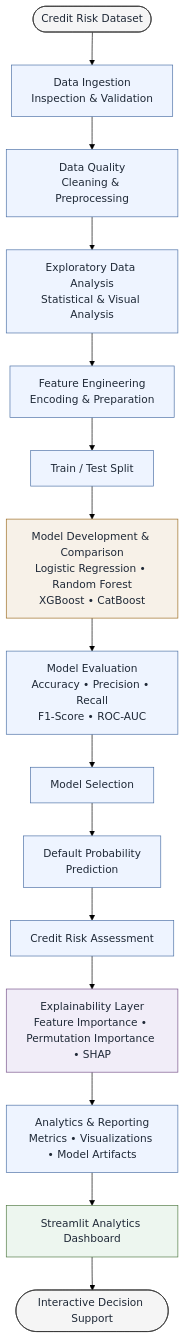
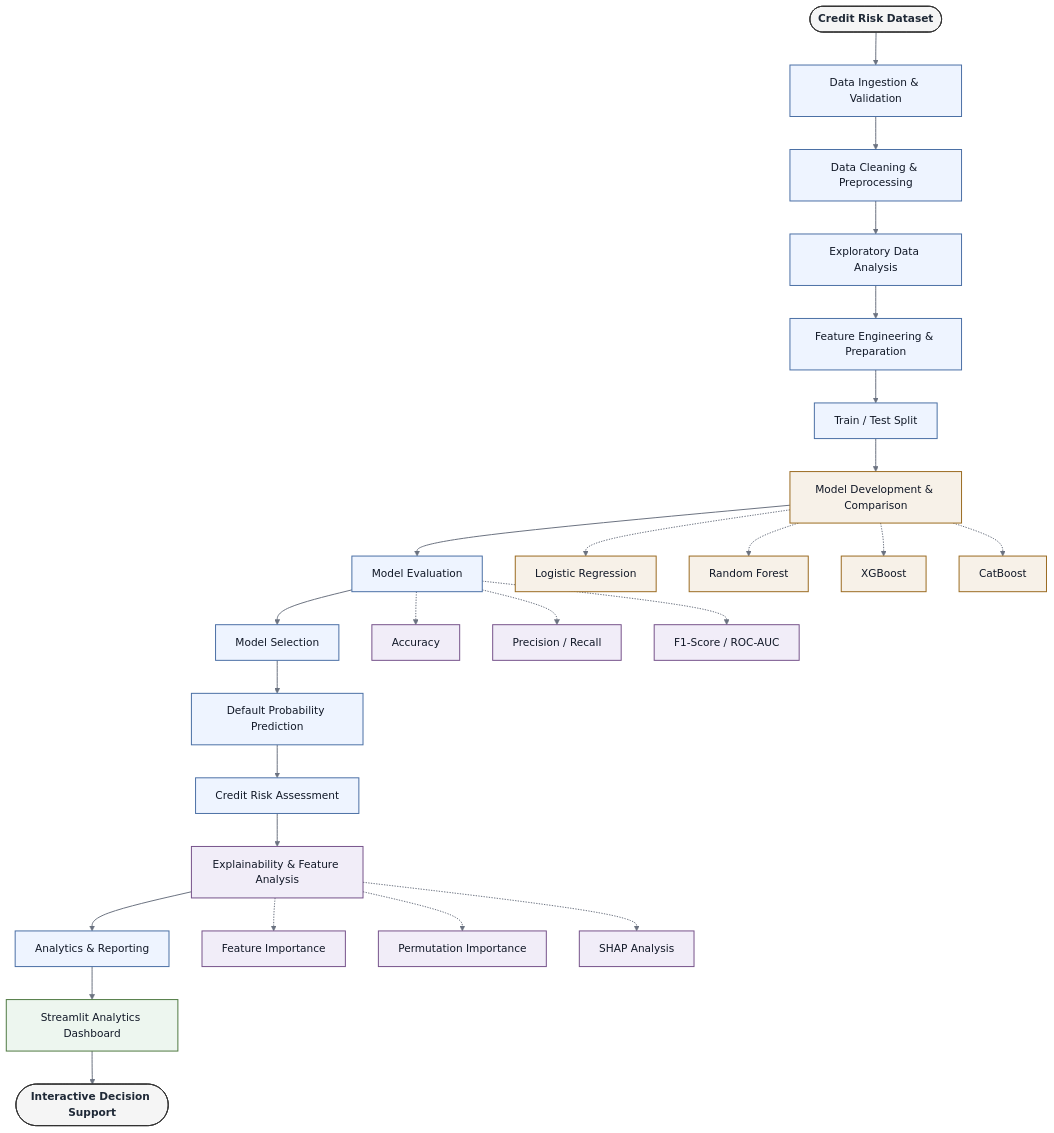
One commit to harshaharshu09/credit-risk-assessment-and-decision-system changed the diagram in README.md. Above: the diagram before and after it, drawn with Mermaid (forest theme).

Commit message:
Refine project workflow to professional vertical layout

````diff
--- a/README.md
+++ b/README.md
@@ -47,45 +47,44 @@
 ```mermaid
 flowchart TD
-    A([Credit Risk Dataset])
-    B[Data Ingestion<br/>Inspection & Validation]
-    C[Data Quality<br/>Cleaning & Preprocessing]
-    D[Exploratory Data Analysis<br/>Statistical & Visual Analysis]
-    E[Feature Engineering<br/>Encoding & Preparation]
-    F[Train / Test Split]
-    G[Model Development & Comparison<br/>Logistic Regression • Random Forest<br/>XGBoost • CatBoost]
-    H[Model Evaluation<br/>Accuracy • Precision • Recall<br/>F1-Score • ROC-AUC]
-    I[Model Selection]
-    J[Default Probability<br/>Prediction]
-    K[Credit Risk Assessment]
-    L[Explainability Layer<br/>Feature Importance • Permutation Importance • SHAP]
-    M[Analytics & Reporting<br/>Metrics • Visualizations • Model Artifacts]
-    N[Streamlit Analytics Dashboard]
-    O([Interactive Decision Support])
+    A([Credit Risk Dataset]) --> B[Data Ingestion & Validation]
+    B --> C[Data Cleaning & Preprocessing]
+    C --> D[Exploratory Data Analysis]
+    D --> E[Feature Engineering & Preparation]
+    E --> F[Train / Test Split]
+    F --> G[Model Development & Comparison]
+    G --> H[Model Evaluation]
+    H --> I[Model Selection]
+    I --> J[Default Probability Prediction]
+    J --> K[Credit Risk Assessment]
+    K --> L[Explainability & Feature Analysis]
+    L --> M[Analytics & Reporting]
+    M --> N[Streamlit Analytics Dashboard]
+    N --> O([Interactive Decision Support])
 
-    A --> B
-    B --> C
-    C --> D
-    D --> E
-    E --> F
-    F --> G
-    G --> H
-    H --> I
-    I --> J
-    J --> K
-    K --> L
-    L --> M
-    M --> N
-    N --> O
+    G -.-> G1[Logistic Regression]
+    G -.-> G2[Random Forest]
+    G -.-> G3[XGBoost]
+    G -.-> G4[CatBoost]
 
-    classDef source fill:#f5f5f5,stroke:#333,stroke-width:1px,color:#1f2937;
-    classDef process fill:#eef4ff,stroke:#4a6fa5,stroke-width:1px,color:#1f2937;
-    classDef model fill:#f7f1e8,stroke:#9a6a1f,stroke-width:1px,color:#1f2937;
-    classDef analysis fill:#f1edf8,stroke:#76528a,stroke-width:1px,color:#1f2937;
-    classDef application fill:#edf6ef,stroke:#4f7942,stroke-width:1px,color:#1f2937;
+    H -.-> H1[Accuracy]
+    H -.-> H2[Precision / Recall]
+    H -.-> H3[F1-Score / ROC-AUC]
+
+    L -.-> L1[Feature Importance]
+    L -.-> L2[Permutation Importance]
+    L -.-> L3[SHAP Analysis]
+
+    classDef source fill:#f5f5f5,stroke:#333,stroke-width:1.5px,color:#1f2937,font-weight:bold;
+    classDef process fill:#eef4ff,stroke:#4a6fa5,stroke-width:1.5px,color:#111827;
+    classDef model fill:#f7f1e8,stroke:#9a6a1f,stroke-width:1.5px,color:#111827;
+    classDef analysis fill:#f1edf8,stroke:#76528a,stroke-width:1.5px,color:#111827;
+    classDef application fill:#edf6ef,stroke:#4f7942,stroke-width:1.5px,color:#111827;
 
     class A,O source;
     class B,C,D,E,F,H,I,J,K,M process;
-    class G model;
-    class L analysis;
+    class G,G1,G2,G3,G4 model;
+    class L,L1,L2,L3,H1,H2,H3 analysis;
     class N application;
+
+    linkStyle default stroke:#6b7280,stroke-width:1.5px;
 ```
````
